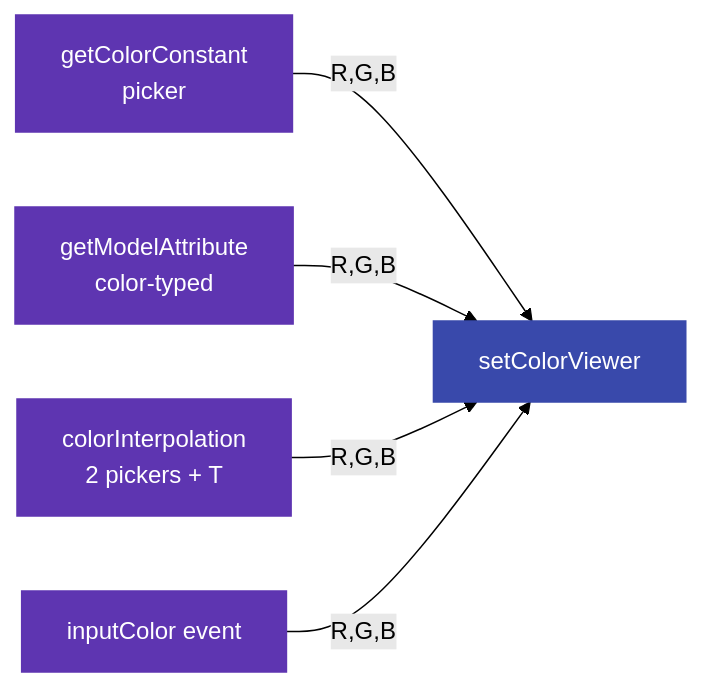
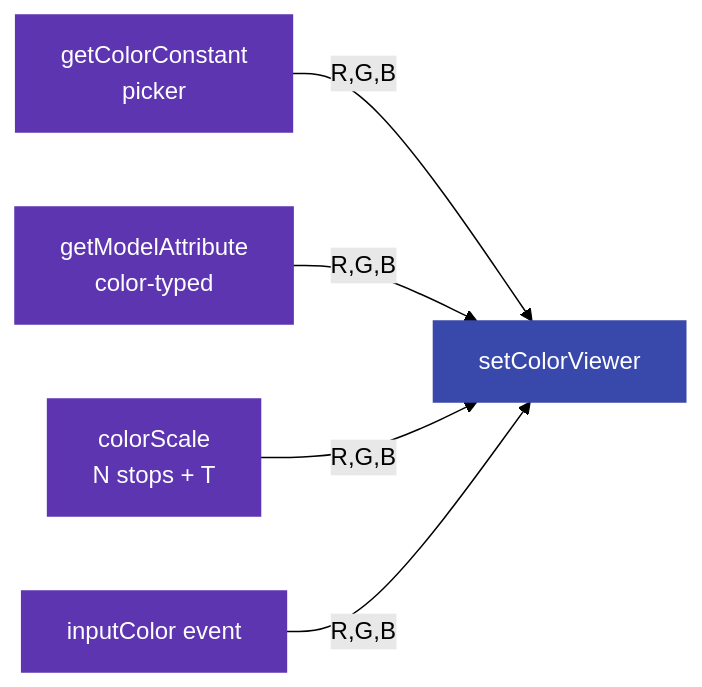
The third of 4 diagrams in docs/NODES_REFERENCE.md (rff255/GenesisCA), drawn with Mermaid (forest theme) before and after one commit. The commit also changed other lines of this file and 12 other files, not shown here.

````diff
--- a/docs/NODES_REFERENCE.md
+++ b/docs/NODES_REFERENCE.md
@@ -280,12 +280,12 @@
 ```mermaid
 graph LR
   classDef prod fill:#5e35b1,stroke:#5e35b1,color:#fff
   classDef cons fill:#3949ab,stroke:#3949ab,color:#fff
 
   A[getColorConstant<br/>picker]:::prod -- R,G,B --> C
   B[getModelAttribute<br/>color-typed]:::prod -- R,G,B --> C
-  D[colorInterpolation<br/>2 pickers + T]:::prod -- R,G,B --> C
+  D[colorScale<br/>N stops + T]:::prod -- R,G,B --> C
   E[inputColor event]:::prod -- R,G,B --> C
 
   C[setColorViewer]:::cons
 ```
````
